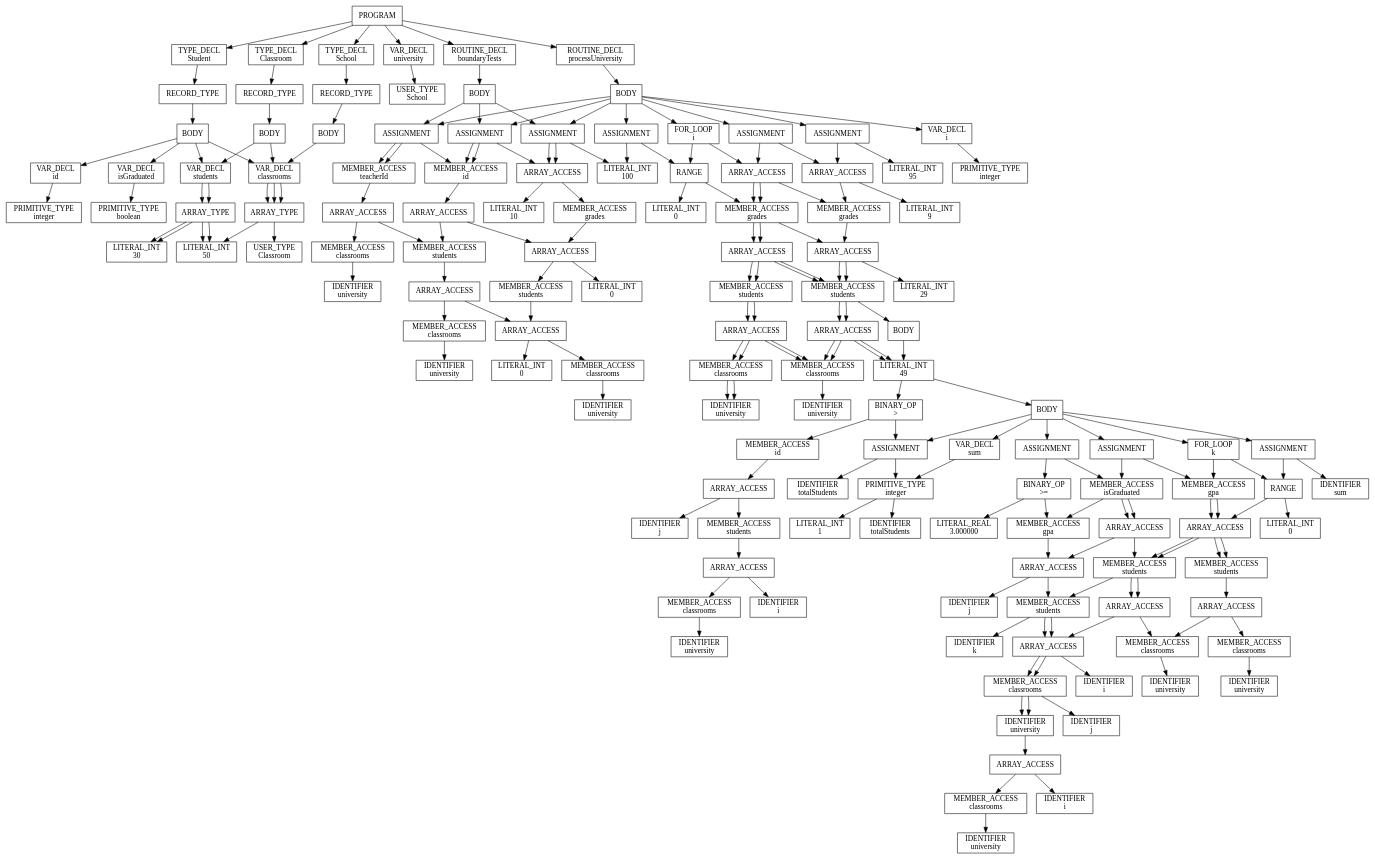
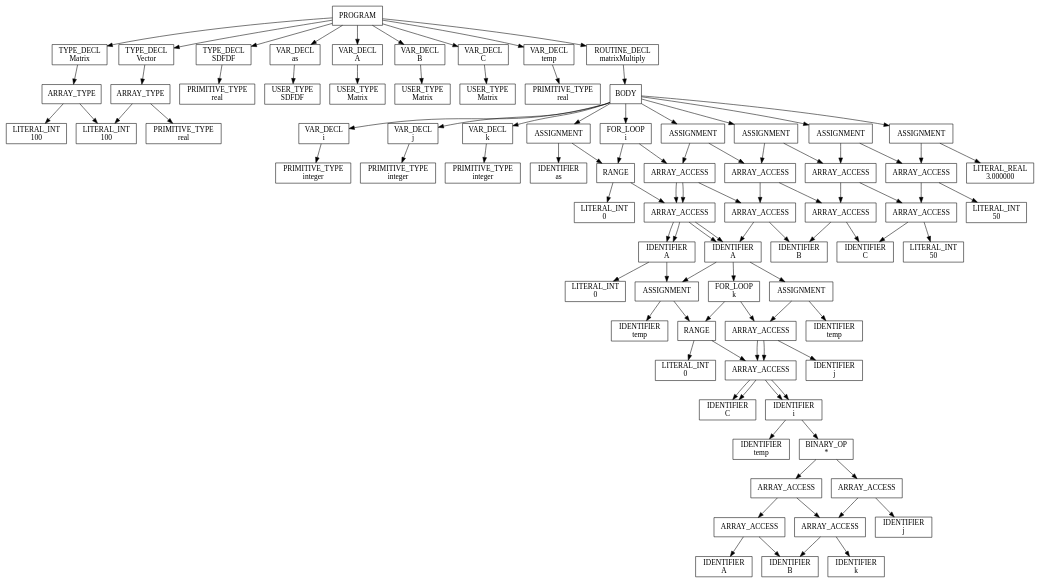
One commit to Sizye/Main-project changed the diagram in test_opt.txt.dot. Above: the diagram before and after it, drawn with Graphviz. The commit also changed 33 other files, not shown here.

```diff
--- a/test_opt.txt.dot
+++ b/test_opt.txt.dot
@@ -2,383 +2,201 @@
   node [shape=box];
   n0 [label="PROGRAM"];
   n0 -> n1;
-  n1 [label="TYPE_DECL\nStudent"];
+  n1 [label="TYPE_DECL\nMatrix"];
   n1 -> n2;
-  n2 [label="RECORD_TYPE"];
+  n2 [label="ARRAY_TYPE"];
   n2 -> n3;
-  n3 [label="BODY"];
-  n3 -> n4;
-  n4 [label="VAR_DECL\nid"];
-  n4 -> n5;
-  n5 [label="PRIMITIVE_TYPE\ninteger"];
-  n3 -> n1004;
-  n1004 [label="VAR_DECL\ngrades"];
-  n1004 -> n1005;
-  n1005 [label="ARRAY_TYPE"];
-  n1005 -> n1006;
-  n1006 [label="LITERAL_INT\n10"];
-  n1005 -> n2006;
-  n2006 [label="PRIMITIVE_TYPE\ninteger"];
-  n3 -> n2004;
-  n2004 [label="VAR_DECL\ngpa"];
-  n2004 -> n2005;
-  n2005 [label="PRIMITIVE_TYPE\nreal"];
-  n3 -> n3004;
-  n3004 [label="VAR_DECL\nisGraduated"];
-  n3004 -> n3005;
-  n3005 [label="PRIMITIVE_TYPE\nboolean"];
+  n3 [label="LITERAL_INT\n100"];
+  n2 -> n1003;
+  n1003 [label="PRIMITIVE_TYPE\nreal"];
   n0 -> n1001;
-  n1001 [label="TYPE_DECL\nClassroom"];
+  n1001 [label="TYPE_DECL\nVector"];
   n1001 -> n1002;
-  n1002 [label="RECORD_TYPE"];
+  n1002 [label="ARRAY_TYPE"];
   n1002 -> n1003;
-  n1003 [label="BODY"];
-  n1003 -> n1004;
-  n1004 [label="VAR_DECL\nstudents"];
-  n1004 -> n1005;
-  n1005 [label="ARRAY_TYPE"];
-  n1005 -> n1006;
-  n1006 [label="LITERAL_INT\n30"];
-  n1005 -> n2006;
-  n2006 [label="USER_TYPE\nStudent"];
-  n1003 -> n2004;
-  n2004 [label="VAR_DECL\nteacherId"];
-  n2004 -> n2005;
-  n2005 [label="PRIMITIVE_TYPE\ninteger"];
+  n1003 [label="LITERAL_INT\n100"];
+  n1002 -> n2003;
+  n2003 [label="PRIMITIVE_TYPE\nreal"];
   n0 -> n2001;
-  n2001 [label="TYPE_DECL\nSchool"];
+  n2001 [label="TYPE_DECL\nSDFDF"];
   n2001 -> n2002;
-  n2002 [label="RECORD_TYPE"];
-  n2002 -> n2003;
-  n2003 [label="BODY"];
-  n2003 -> n2004;
-  n2004 [label="VAR_DECL\nclassrooms"];
-  n2004 -> n2005;
-  n2005 [label="ARRAY_TYPE"];
-  n2005 -> n2006;
-  n2006 [label="LITERAL_INT\n50"];
-  n2005 -> n3006;
-  n3006 [label="USER_TYPE\nClassroom"];
+  n2002 [label="PRIMITIVE_TYPE\nreal"];
   n0 -> n3001;
-  n3001 [label="VAR_DECL\nuniversity"];
+  n3001 [label="VAR_DECL\nas"];
   n3001 -> n3002;
-  n3002 [label="USER_TYPE\nSchool"];
+  n3002 [label="USER_TYPE\nSDFDF"];
   n0 -> n4001;
-  n4001 [label="ROUTINE_DECL\nprocessUniversity"];
+  n4001 [label="VAR_DECL\nA"];
   n4001 -> n4002;
-  n4002 [label="BODY"];
-  n4002 -> n4003;
-  n4003 [label="VAR_DECL\ni"];
-  n4003 -> n4004;
-  n4004 [label="PRIMITIVE_TYPE\ninteger"];
-  n4002 -> n5003;
-  n5003 [label="VAR_DECL\nj"];
-  n5003 -> n5004;
-  n5004 [label="PRIMITIVE_TYPE\ninteger"];
-  n4002 -> n6003;
-  n6003 [label="VAR_DECL\nk"];
-  n6003 -> n6004;
-  n6004 [label="PRIMITIVE_TYPE\ninteger"];
-  n4002 -> n7003;
-  n7003 [label="VAR_DECL\ntotalStudents"];
-  n7003 -> n7004;
-  n7004 [label="PRIMITIVE_TYPE\ninteger"];
-  n4002 -> n8003;
-  n8003 [label="ASSIGNMENT"];
+  n4002 [label="USER_TYPE\nMatrix"];
+  n0 -> n5001;
+  n5001 [label="VAR_DECL\nB"];
+  n5001 -> n5002;
+  n5002 [label="USER_TYPE\nMatrix"];
+  n0 -> n6001;
+  n6001 [label="VAR_DECL\nC"];
+  n6001 -> n6002;
+  n6002 [label="USER_TYPE\nMatrix"];
+  n0 -> n7001;
+  n7001 [label="VAR_DECL\ntemp"];
+  n7001 -> n7002;
+  n7002 [label="PRIMITIVE_TYPE\nreal"];
+  n0 -> n8001;
+  n8001 [label="ROUTINE_DECL\nmatrixMultiply"];
+  n8001 -> n8002;
+  n8002 [label="BODY"];
+  n8002 -> n8003;
+  n8003 [label="VAR_DECL\ni"];
   n8003 -> n8004;
-  n8004 [label="IDENTIFIER\ntotalStudents"];
-  n8003 -> n9004;
-  n9004 [label="LITERAL_INT\n0"];
-  n4002 -> n9003;
-  n9003 [label="FOR_LOOP\ni"];
+  n8004 [label="PRIMITIVE_TYPE\ninteger"];
+  n8002 -> n9003;
+  n9003 [label="VAR_DECL\nj"];
   n9003 -> n9004;
-  n9004 [label="RANGE"];
-  n9004 -> n9005;
-  n9005 [label="LITERAL_INT\n0"];
-  n9004 -> n10005;
-  n10005 [label="LITERAL_INT\n49"];
-  n9003 -> n10004;
-  n10004 [label="BODY"];
-  n10004 -> n10005;
-  n10005 [label="IF_STMT"];
-  n10005 -> n10006;
-  n10006 [label="BINARY_OP\n>"];
-  n10006 -> n10007;
-  n10007 [label="MEMBER_ACCESS\nteacherId"];
-  n10007 -> n10008;
-  n10008 [label="ARRAY_ACCESS"];
-  n10008 -> n10009;
-  n10009 [label="MEMBER_ACCESS\nclassrooms"];
-  n10009 -> n10010;
-  n10010 [label="IDENTIFIER\nuniversity"];
-  n10008 -> n11009;
-  n11009 [label="IDENTIFIER\ni"];
-  n10006 -> n11007;
-  n11007 [label="LITERAL_INT\n0"];
-  n10005 -> n11006;
-  n11006 [label="BODY"];
-  n11006 -> n11007;
-  n11007 [label="FOR_LOOP\nj"];
-  n11007 -> n11008;
-  n11008 [label="RANGE"];
-  n11008 -> n11009;
-  n11009 [label="LITERAL_INT\n0"];
-  n11008 -> n12009;
-  n12009 [label="LITERAL_INT\n29"];
-  n11007 -> n12008;
-  n12008 [label="BODY"];
-  n12008 -> n12009;
-  n12009 [label="IF_STMT"];
-  n12009 -> n12010;
-  n12010 [label="BINARY_OP\n>"];
-  n12010 -> n12011;
-  n12011 [label="MEMBER_ACCESS\nid"];
-  n12011 -> n12012;
-  n12012 [label="ARRAY_ACCESS"];
-  n12012 -> n12013;
-  n12013 [label="MEMBER_ACCESS\nstudents"];
-  n12013 -> n12014;
-  n12014 [label="ARRAY_ACCESS"];
-  n12014 -> n12015;
-  n12015 [label="MEMBER_ACCESS\nclassrooms"];
-  n12015 -> n12016;
-  n12016 [label="IDENTIFIER\nuniversity"];
-  n12014 -> n13015;
-  n13015 [label="IDENTIFIER\ni"];
-  n12012 -> n13013;
-  n13013 [label="IDENTIFIER\nj"];
-  n12010 -> n13011;
-  n13011 [label="LITERAL_INT\n0"];
-  n12009 -> n13010;
-  n13010 [label="BODY"];
-  n13010 -> n13011;
-  n13011 [label="ASSIGNMENT"];
-  n13011 -> n13012;
-  n13012 [label="IDENTIFIER\ntotalStudents"];
-  n13011 -> n14012;
-  n14012 [label="BINARY_OP\n+"];
-  n14012 -> n14013;
-  n14013 [label="IDENTIFIER\ntotalStudents"];
-  n14012 -> n15013;
-  n15013 [label="LITERAL_INT\n1"];
-  n13010 -> n14011;
-  n14011 [label="VAR_DECL\nsum"];
-  n14011 -> n14012;
-  n14012 [label="PRIMITIVE_TYPE\ninteger"];
-  n13010 -> n15011;
-  n15011 [label="ASSIGNMENT"];
-  n15011 -> n15012;
-  n15012 [label="IDENTIFIER\nsum"];
-  n15011 -> n16012;
-  n16012 [label="LITERAL_INT\n0"];
-  n13010 -> n16011;
-  n16011 [label="FOR_LOOP\nk"];
-  n16011 -> n16012;
-  n16012 [label="RANGE"];
-  n16012 -> n16013;
-  n16013 [label="LITERAL_INT\n0"];
-  n16012 -> n17013;
-  n17013 [label="LITERAL_INT\n9"];
-  n16011 -> n17012;
-  n17012 [label="BODY"];
-  n17012 -> n17013;
-  n17013 [label="ASSIGNMENT"];
-  n17013 -> n17014;
-  n17014 [label="IDENTIFIER\nsum"];
-  n17013 -> n18014;
-  n18014 [label="BINARY_OP\n+"];
-  n18014 -> n18015;
-  n18015 [label="IDENTIFIER\nsum"];
-  n18014 -> n19015;
-  n19015 [label="ARRAY_ACCESS"];
-  n19015 -> n19016;
-  n19016 [label="MEMBER_ACCESS\ngrades"];
-  n19016 -> n19017;
-  n19017 [label="ARRAY_ACCESS"];
-  n19017 -> n19018;
-  n19018 [label="MEMBER_ACCESS\nstudents"];
-  n19018 -> n19019;
-  n19019 [label="ARRAY_ACCESS"];
-  n19019 -> n19020;
-  n19020 [label="MEMBER_ACCESS\nclassrooms"];
-  n19020 -> n19021;
-  n19021 [label="IDENTIFIER\nuniversity"];
-  n19019 -> n20020;
-  n20020 [label="IDENTIFIER\ni"];
-  n19017 -> n20018;
-  n20018 [label="IDENTIFIER\nj"];
-  n19015 -> n20016;
-  n20016 [label="IDENTIFIER\nk"];
-  n13010 -> n17011;
-  n17011 [label="ASSIGNMENT"];
-  n17011 -> n17012;
-  n17012 [label="MEMBER_ACCESS\ngpa"];
-  n17012 -> n17013;
-  n17013 [label="ARRAY_ACCESS"];
-  n17013 -> n17014;
-  n17014 [label="MEMBER_ACCESS\nstudents"];
-  n17014 -> n17015;
-  n17015 [label="ARRAY_ACCESS"];
-  n17015 -> n17016;
-  n17016 [label="MEMBER_ACCESS\nclassrooms"];
-  n17016 -> n17017;
-  n17017 [label="IDENTIFIER\nuniversity"];
-  n17015 -> n18016;
-  n18016 [label="IDENTIFIER\ni"];
-  n17013 -> n18014;
-  n18014 [label="IDENTIFIER\nj"];
-  n17011 -> n18012;
-  n18012 [label="BINARY_OP\n/"];
-  n18012 -> n18013;
-  n18013 [label="IDENTIFIER\nsum"];
-  n18012 -> n19013;
-  n19013 [label="LITERAL_REAL\n10.000000"];
-  n13010 -> n18011;
-  n18011 [label="ASSIGNMENT"];
+  n9004 [label="PRIMITIVE_TYPE\ninteger"];
+  n8002 -> n10003;
+  n10003 [label="VAR_DECL\nk"];
+  n10003 -> n10004;
+  n10004 [label="PRIMITIVE_TYPE\ninteger"];
+  n8002 -> n11003;
+  n11003 [label="ASSIGNMENT"];
+  n11003 -> n11004;
+  n11004 [label="IDENTIFIER\nas"];
+  n11003 -> n12004;
+  n12004 [label="LITERAL_INT\n0"];
+  n8002 -> n12003;
+  n12003 [label="FOR_LOOP\ni"];
+  n12003 -> n12004;
+  n12004 [label="RANGE"];
+  n12004 -> n12005;
+  n12005 [label="LITERAL_INT\n0"];
+  n12004 -> n13005;
+  n13005 [label="LITERAL_INT\n99"];
+  n12003 -> n13004;
+  n13004 [label="BODY"];
+  n13004 -> n13005;
+  n13005 [label="FOR_LOOP\nj"];
+  n13005 -> n13006;
+  n13006 [label="RANGE"];
+  n13006 -> n13007;
+  n13007 [label="LITERAL_INT\n0"];
+  n13006 -> n14007;
+  n14007 [label="LITERAL_INT\n99"];
+  n13005 -> n14006;
+  n14006 [label="BODY"];
+  n14006 -> n14007;
+  n14007 [label="ASSIGNMENT"];
+  n14007 -> n14008;
+  n14008 [label="IDENTIFIER\ntemp"];
+  n14007 -> n15008;
+  n15008 [label="LITERAL_REAL\n0.000000"];
+  n14006 -> n15007;
+  n15007 [label="FOR_LOOP\nk"];
+  n15007 -> n15008;
+  n15008 [label="RANGE"];
+  n15008 -> n15009;
+  n15009 [label="LITERAL_INT\n0"];
+  n15008 -> n16009;
+  n16009 [label="LITERAL_INT\n99"];
+  n15007 -> n16008;
+  n16008 [label="BODY"];
+  n16008 -> n16009;
+  n16009 [label="ASSIGNMENT"];
+  n16009 -> n16010;
+  n16010 [label="IDENTIFIER\ntemp"];
+  n16009 -> n17010;
+  n17010 [label="BINARY_OP\n+"];
+  n17010 -> n17011;
+  n17011 [label="IDENTIFIER\ntemp"];
+  n17010 -> n18011;
+  n18011 [label="BINARY_OP\n*"];
   n18011 -> n18012;
-  n18012 [label="MEMBER_ACCESS\nisGraduated"];
+  n18012 [label="ARRAY_ACCESS"];
   n18012 -> n18013;
   n18013 [label="ARRAY_ACCESS"];
   n18013 -> n18014;
-  n18014 [label="MEMBER_ACCESS\nstudents"];
-  n18014 -> n18015;
-  n18015 [label="ARRAY_ACCESS"];
-  n18015 -> n18016;
-  n18016 [label="MEMBER_ACCESS\nclassrooms"];
-  n18016 -> n18017;
-  n18017 [label="IDENTIFIER\nuniversity"];
-  n18015 -> n19016;
-  n19016 [label="IDENTIFIER\ni"];
+  n18014 [label="IDENTIFIER\nA"];
   n18013 -> n19014;
-  n19014 [label="IDENTIFIER\nj"];
+  n19014 [label="IDENTIFIER\ni"];
+  n18012 -> n19013;
+  n19013 [label="IDENTIFIER\nk"];
   n18011 -> n19012;
-  n19012 [label="BINARY_OP\n>="];
+  n19012 [label="ARRAY_ACCESS"];
   n19012 -> n19013;
-  n19013 [label="MEMBER_ACCESS\ngpa"];
+  n19013 [label="ARRAY_ACCESS"];
   n19013 -> n19014;
-  n19014 [label="ARRAY_ACCESS"];
-  n19014 -> n19015;
-  n19015 [label="MEMBER_ACCESS\nstudents"];
-  n19015 -> n19016;
-  n19016 [label="ARRAY_ACCESS"];
-  n19016 -> n19017;
-  n19017 [label="MEMBER_ACCESS\nclassrooms"];
-  n19017 -> n19018;
-  n19018 [label="IDENTIFIER\nuniversity"];
-  n19016 -> n20017;
-  n20017 [label="IDENTIFIER\ni"];
-  n19014 -> n20015;
-  n20015 [label="IDENTIFIER\nj"];
+  n19014 [label="IDENTIFIER\nB"];
+  n19013 -> n20014;
+  n20014 [label="IDENTIFIER\nk"];
   n19012 -> n20013;
-  n20013 [label="LITERAL_REAL\n3.000000"];
-  n4002 -> n10003;
-  n10003 [label="ASSIGNMENT"];
-  n10003 -> n10004;
-  n10004 [label="ARRAY_ACCESS"];
-  n10004 -> n10005;
-  n10005 [label="MEMBER_ACCESS\ngrades"];
-  n10005 -> n10006;
-  n10006 [label="ARRAY_ACCESS"];
-  n10006 -> n10007;
-  n10007 [label="MEMBER_ACCESS\nstudents"];
-  n10007 -> n10008;
-  n10008 [label="ARRAY_ACCESS"];
-  n10008 -> n10009;
-  n10009 [label="MEMBER_ACCESS\nclassrooms"];
-  n10009 -> n10010;
-  n10010 [label="IDENTIFIER\nuniversity"];
-  n10008 -> n11009;
-  n11009 [label="LITERAL_INT\n0"];
-  n10006 -> n11007;
-  n11007 [label="LITERAL_INT\n0"];
-  n10004 -> n11005;
-  n11005 [label="LITERAL_INT\n0"];
-  n10003 -> n11004;
-  n11004 [label="LITERAL_INT\n100"];
-  n4002 -> n11003;
-  n11003 [label="ASSIGNMENT"];
-  n11003 -> n11004;
-  n11004 [label="ARRAY_ACCESS"];
-  n11004 -> n11005;
-  n11005 [label="MEMBER_ACCESS\ngrades"];
-  n11005 -> n11006;
-  n11006 [label="ARRAY_ACCESS"];
-  n11006 -> n11007;
-  n11007 [label="MEMBER_ACCESS\nstudents"];
-  n11007 -> n11008;
-  n11008 [label="ARRAY_ACCESS"];
-  n11008 -> n11009;
-  n11009 [label="MEMBER_ACCESS\nclassrooms"];
-  n11009 -> n11010;
-  n11010 [label="IDENTIFIER\nuniversity"];
-  n11008 -> n12009;
-  n12009 [label="LITERAL_INT\n49"];
-  n11006 -> n12007;
-  n12007 [label="LITERAL_INT\n29"];
-  n11004 -> n12005;
-  n12005 [label="LITERAL_INT\n9"];
-  n11003 -> n12004;
-  n12004 [label="LITERAL_INT\n95"];
-  n0 -> n5001;
-  n5001 [label="ROUTINE_DECL\nboundaryTests"];
-  n5001 -> n5002;
-  n5002 [label="BODY"];
-  n5002 -> n5003;
-  n5003 [label="ASSIGNMENT"];
-  n5003 -> n5004;
-  n5004 [label="MEMBER_ACCESS\nteacherId"];
-  n5004 -> n5005;
-  n5005 [label="ARRAY_ACCESS"];
-  n5005 -> n5006;
-  n5006 [label="MEMBER_ACCESS\nclassrooms"];
-  n5006 -> n5007;
-  n5007 [label="IDENTIFIER\nuniversity"];
-  n5005 -> n6006;
-  n6006 [label="LITERAL_INT\n50"];
-  n5003 -> n6004;
-  n6004 [label="LITERAL_INT\n1"];
-  n5002 -> n6003;
-  n6003 [label="ASSIGNMENT"];
-  n6003 -> n6004;
-  n6004 [label="MEMBER_ACCESS\nid"];
-  n6004 -> n6005;
-  n6005 [label="ARRAY_ACCESS"];
-  n6005 -> n6006;
-  n6006 [label="MEMBER_ACCESS\nstudents"];
-  n6006 -> n6007;
-  n6007 [label="ARRAY_ACCESS"];
-  n6007 -> n6008;
-  n6008 [label="MEMBER_ACCESS\nclassrooms"];
-  n6008 -> n6009;
-  n6009 [label="IDENTIFIER\nuniversity"];
-  n6007 -> n7008;
-  n7008 [label="LITERAL_INT\n0"];
-  n6005 -> n7006;
-  n7006 [label="LITERAL_INT\n30"];
-  n6003 -> n7004;
-  n7004 [label="LITERAL_INT\n1"];
-  n5002 -> n7003;
-  n7003 [label="ASSIGNMENT"];
-  n7003 -> n7004;
-  n7004 [label="ARRAY_ACCESS"];
-  n7004 -> n7005;
-  n7005 [label="MEMBER_ACCESS\ngrades"];
-  n7005 -> n7006;
-  n7006 [label="ARRAY_ACCESS"];
-  n7006 -> n7007;
-  n7007 [label="MEMBER_ACCESS\nstudents"];
-  n7007 -> n7008;
-  n7008 [label="ARRAY_ACCESS"];
-  n7008 -> n7009;
-  n7009 [label="MEMBER_ACCESS\nclassrooms"];
-  n7009 -> n7010;
-  n7010 [label="IDENTIFIER\nuniversity"];
-  n7008 -> n8009;
-  n8009 [label="LITERAL_INT\n0"];
-  n7006 -> n8007;
-  n8007 [label="LITERAL_INT\n0"];
-  n7004 -> n8005;
-  n8005 [label="LITERAL_INT\n10"];
-  n7003 -> n8004;
-  n8004 [label="LITERAL_INT\n100"];
+  n20013 [label="IDENTIFIER\nj"];
+  n14006 -> n16007;
+  n16007 [label="ASSIGNMENT"];
+  n16007 -> n16008;
+  n16008 [label="ARRAY_ACCESS"];
+  n16008 -> n16009;
+  n16009 [label="ARRAY_ACCESS"];
+  n16009 -> n16010;
+  n16010 [label="IDENTIFIER\nC"];
+  n16009 -> n17010;
+  n17010 [label="IDENTIFIER\ni"];
+  n16008 -> n17009;
+  n17009 [label="IDENTIFIER\nj"];
+  n16007 -> n17008;
+  n17008 [label="IDENTIFIER\ntemp"];
+  n8002 -> n13003;
+  n13003 [label="ASSIGNMENT"];
+  n13003 -> n13004;
+  n13004 [label="ARRAY_ACCESS"];
+  n13004 -> n13005;
+  n13005 [label="ARRAY_ACCESS"];
+  n13005 -> n13006;
+  n13006 [label="IDENTIFIER\nA"];
+  n13005 -> n14006;
+  n14006 [label="LITERAL_INT\n0"];
+  n13004 -> n14005;
+  n14005 [label="LITERAL_INT\n0"];
+  n13003 -> n14004;
+  n14004 [label="LITERAL_REAL\n1.000000"];
+  n8002 -> n14003;
+  n14003 [label="ASSIGNMENT"];
+  n14003 -> n14004;
+  n14004 [label="ARRAY_ACCESS"];
+  n14004 -> n14005;
+  n14005 [label="ARRAY_ACCESS"];
+  n14005 -> n14006;
+  n14006 [label="IDENTIFIER\nA"];
+  n14005 -> n15006;
+  n15006 [label="LITERAL_INT\n99"];
+  n14004 -> n15005;
+  n15005 [label="LITERAL_INT\n99"];
+  n14003 -> n15004;
+  n15004 [label="LITERAL_REAL\n1.000000"];
+  n8002 -> n15003;
+  n15003 [label="ASSIGNMENT"];
+  n15003 -> n15004;
+  n15004 [label="ARRAY_ACCESS"];
+  n15004 -> n15005;
+  n15005 [label="ARRAY_ACCESS"];
+  n15005 -> n15006;
+  n15006 [label="IDENTIFIER\nB"];
+  n15005 -> n16006;
+  n16006 [label="LITERAL_INT\n0"];
+  n15004 -> n16005;
+  n16005 [label="LITERAL_INT\n99"];
+  n15003 -> n16004;
+  n16004 [label="LITERAL_REAL\n2.000000"];
+  n8002 -> n16003;
+  n16003 [label="ASSIGNMENT"];
+  n16003 -> n16004;
+  n16004 [label="ARRAY_ACCESS"];
+  n16004 -> n16005;
+  n16005 [label="ARRAY_ACCESS"];
+  n16005 -> n16006;
+  n16006 [label="IDENTIFIER\nC"];
+  n16005 -> n17006;
+  n17006 [label="LITERAL_INT\n50"];
+  n16004 -> n17005;
+  n17005 [label="LITERAL_INT\n50"];
+  n16003 -> n17004;
+  n17004 [label="LITERAL_REAL\n3.000000"];
 }
```
